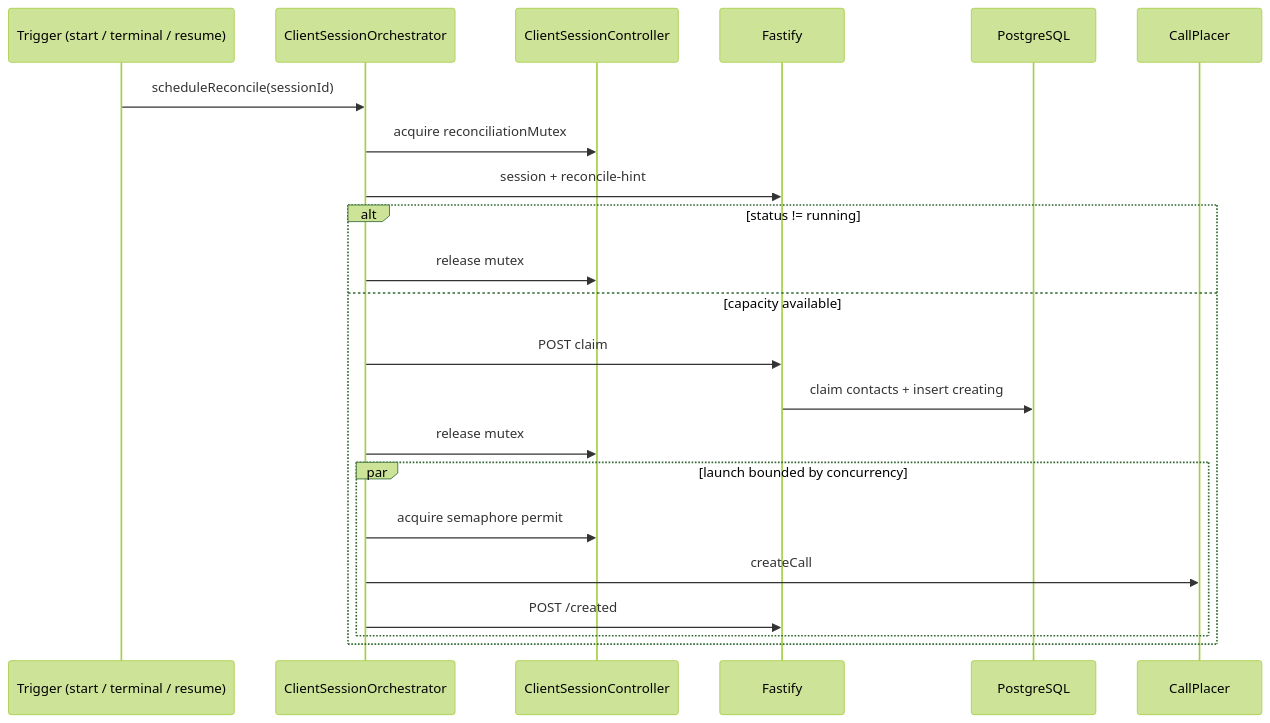
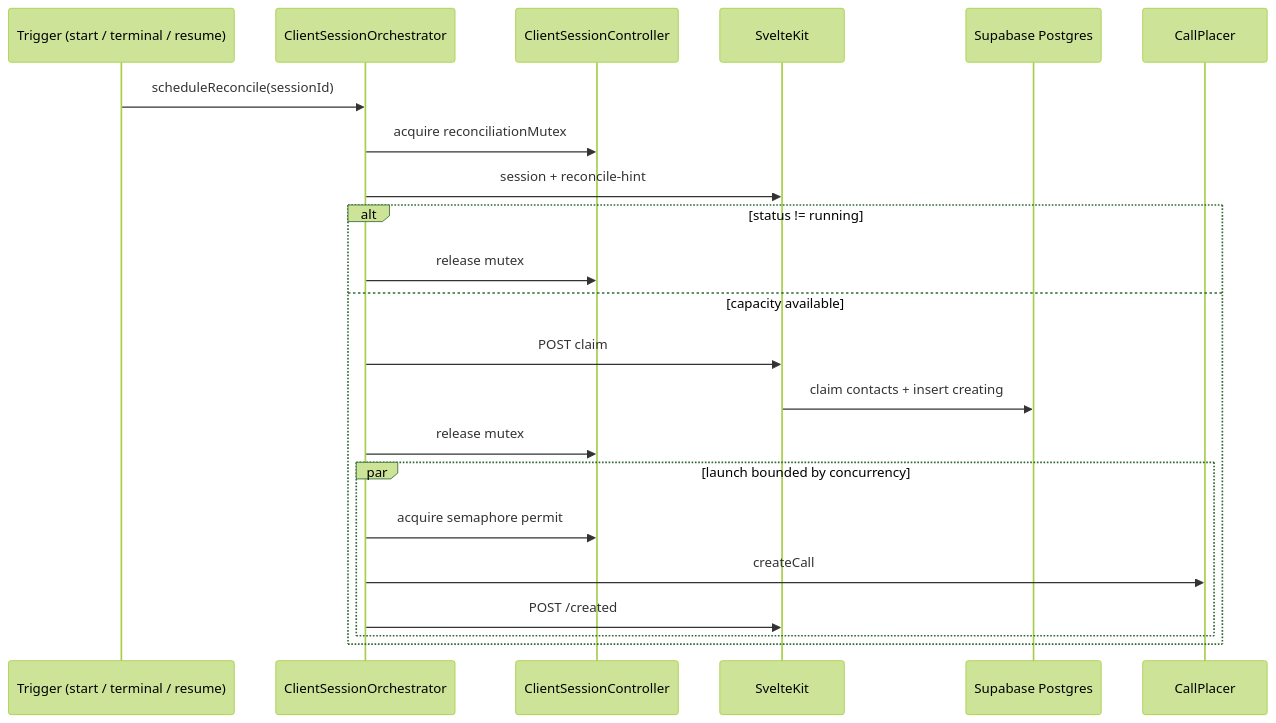
One commit to daniel-citrus/concurrent-outbound-dialer changed the fifth of 9 diagrams in docs/ARCHITECTURE.md. Above: the diagram before and after it, drawn with Mermaid (forest theme). The commit also changed other lines of this file and 5 other files, not shown here.

First line of the commit message:
Document the SvelteKit/Supabase target architecture and squash dialer migrations into a single schema baseline.

````diff
--- a/docs/ARCHITECTURE.md
+++ b/docs/ARCHITECTURE.md
@@ -252,25 +255,25 @@
 ```mermaid
 sequenceDiagram
   participant T as Trigger (start / terminal / resume)
   participant O as ClientSessionOrchestrator
   participant C as ClientSessionController
-  participant API as Fastify
-  participant DB as PostgreSQL
+  participant API as SvelteKit
+  participant DB as Supabase Postgres
   participant P as CallPlacer
 
   T->>O: scheduleReconcile(sessionId)
   O->>C: acquire reconciliationMutex
   O->>API: session + reconcile-hint
   alt status != running
     O->>C: release mutex
   else capacity available
     O->>API: POST claim
     API->>DB: claim contacts + insert creating
     O->>C: release mutex
     par launch bounded by concurrency
       O->>C: acquire semaphore permit
       O->>P: createCall
       O->>API: POST /created
     end
   end
 ```
````
